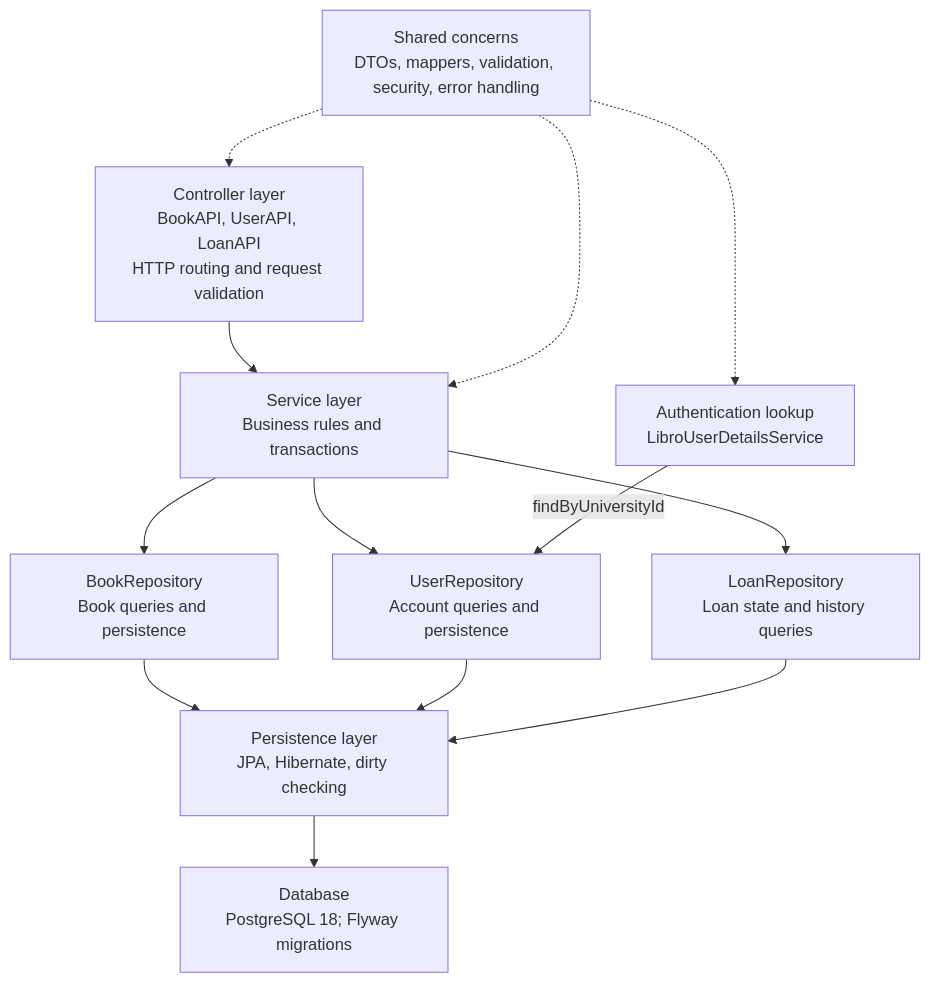
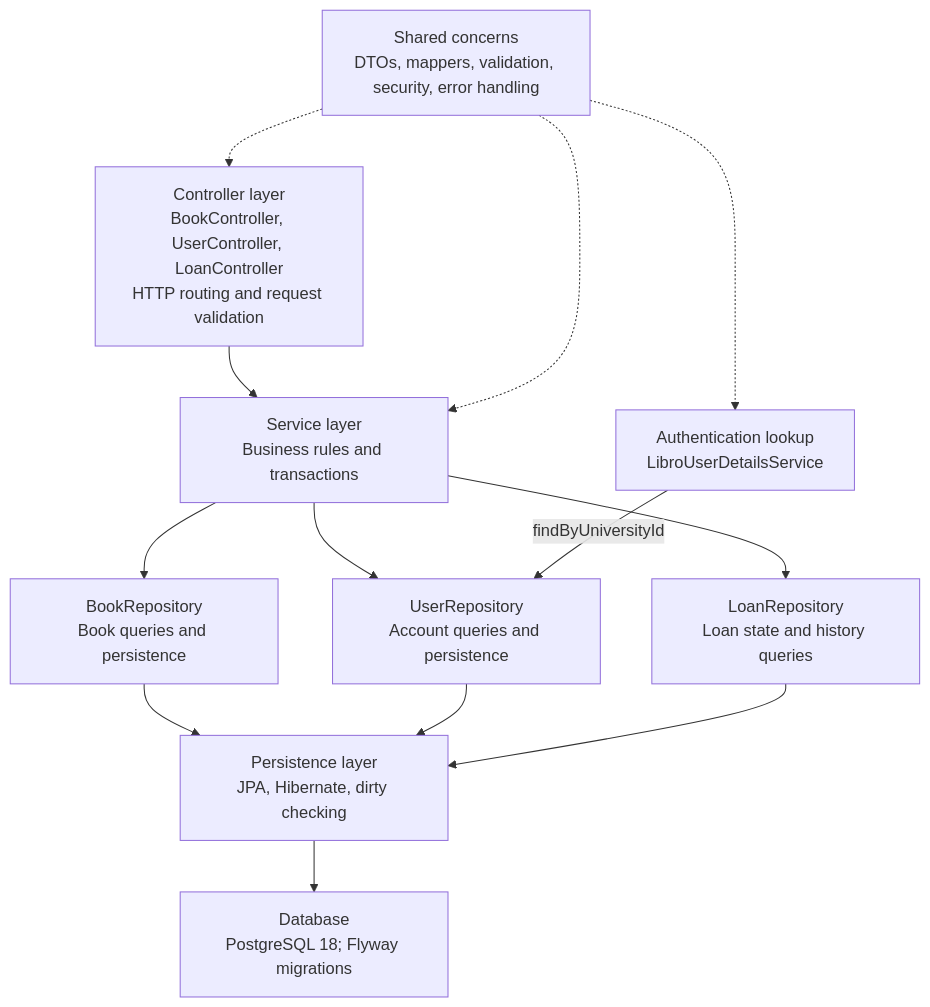
The third of 5 diagrams in docs/architecture.md (kyledelfin2006/libro-library-system), drawn with Mermaid before and after one commit. The commit also changed other lines of this file and 14 other files, not shown here.

````diff
--- a/docs/architecture.md
+++ b/docs/architecture.md
@@ -118,25 +118,25 @@
 ```mermaid
 flowchart TD
-    C["Controller layer<br/>BookAPI, UserAPI, LoanAPI<br/>HTTP routing and request validation"]
+    C["Controller layer<br/>BookController, UserController, LoanController<br/>HTTP routing and request validation"]
     S["Service layer<br/>Business rules and transactions"]
     BR["BookRepository<br/>Book queries and persistence"]
     UR["UserRepository<br/>Account queries and persistence"]
     LR["LoanRepository<br/>Loan state and history queries"]
     A["Authentication lookup<br/>LibroUserDetailsService"]
     P["Persistence layer<br/>JPA, Hibernate, dirty checking"]
     D["Database<br/>PostgreSQL 18; Flyway migrations"]
     X["Shared concerns<br/>DTOs, mappers, validation, security, error handling"]
 
     C --> S
     S --> BR
     S --> UR
     S --> LR
     BR --> P
     UR --> P
     LR --> P
     P --> D
     A -->|findByUniversityId| UR
     X -.-> C
     X -.-> S
     X -.-> A
 ```
````
